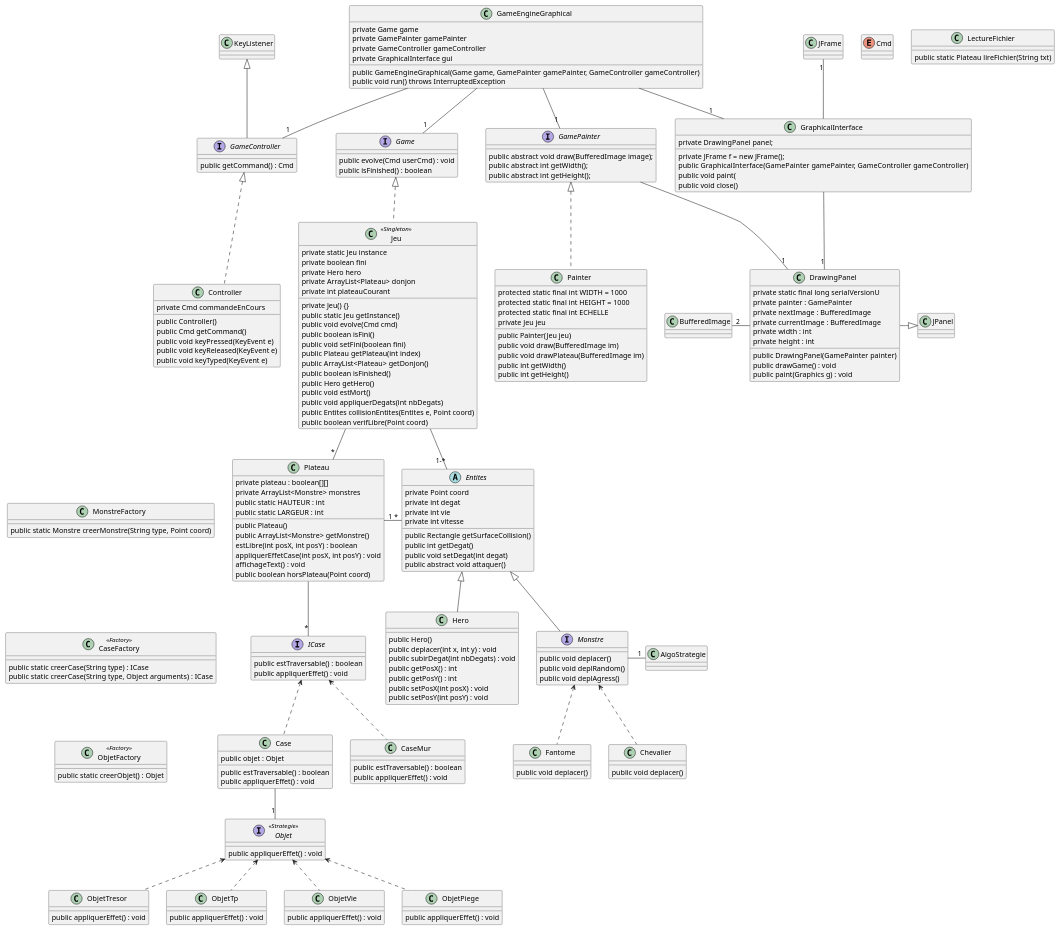
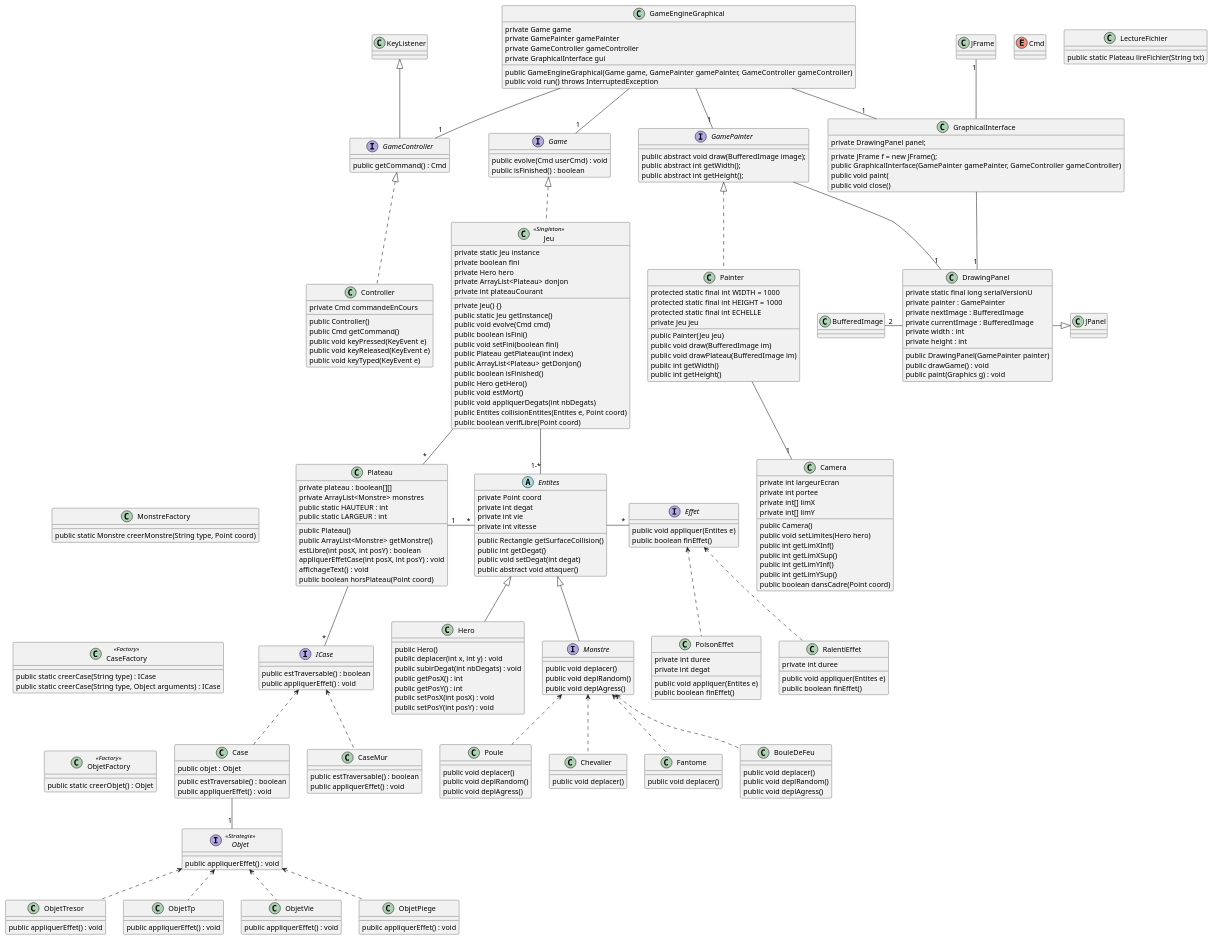
The diagram in Conception/Diagramme de classe.puml (fujine/ACL2017_AbJoGuiQuen-), drawn with PlantUML before and after one commit. The commit also changed 24 other files, not shown here.

```diff
--- a/Conception/Diagramme de classe.puml
+++ b/Conception/Diagramme de classe.puml
@@ -28,6 +28,24 @@
 
 	Class Fantome {
     	public void deplacer()
+    }
+
+    interface Effet {
+        public void appliquer(Entites e)
+        public boolean finEffet()
+    }
+
+    class PoisonEffet {
+        private int duree
+        private int degat
+        public void appliquer(Entites e)
+        public boolean finEffet()
+    }
+
+    class RalentiEffet {
+        private int duree
+        public void appliquer(Entites e)
+        public boolean finEffet()
     }
 
 	Interface Monstre extends Entites{
@@ -197,6 +215,32 @@
         public static Monstre creerMonstre(String type, Point coord)
     }
 
+    class BouleDeFeu {
+        public void deplacer()
+        public void deplRandom()
+        public void deplAgress()
+    }
+
+    class Poule {
+        public void deplacer()
+        public void deplRandom()
+        public void deplAgress()
+    }
+
+    class Camera {
+        private int largeurEcran
+        private int portee
+        private int[] limX
+        private int[] limY
+        public Camera()
+        public void setLimites(Hero hero)
+        public int getLimXInf()
+        public int getLimXSup()
+        public int getLimYInf()
+        public int getLimYSup()
+        public boolean dansCadre(Point coord)
+    }
+
     GamePainter -- "1" DrawingPanel
     GraphicalInterface -- "1" DrawingPanel
     JFrame "1" -- GraphicalInterface
@@ -221,8 +265,14 @@
 	Plateau -[hidden]left- MonstreFactory
     Monstre <.. Chevalier
     Monstre <.. Fantome
+    Monstre <.. BouleDeFeu
+    Monstre <.. Poule
     MonstreFactory -[hidden]- CaseFactory
-    AlgoStrategie "1" -left- Monstre
+
     Hero -[hidden]right- Monstre
+    Effet <.. PoisonEffet
+    Effet <.. RalentiEffet
+    Entites -right- "*" Effet
+    Painter -- "1" Camera
 
 @enduml
```
